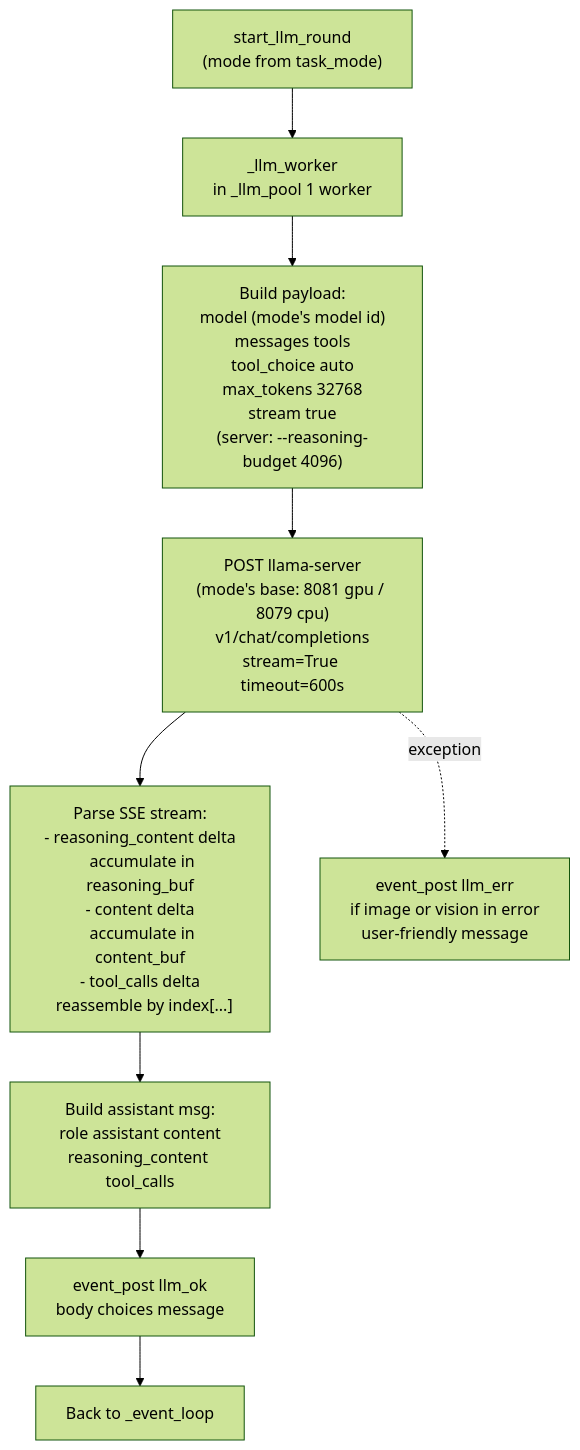
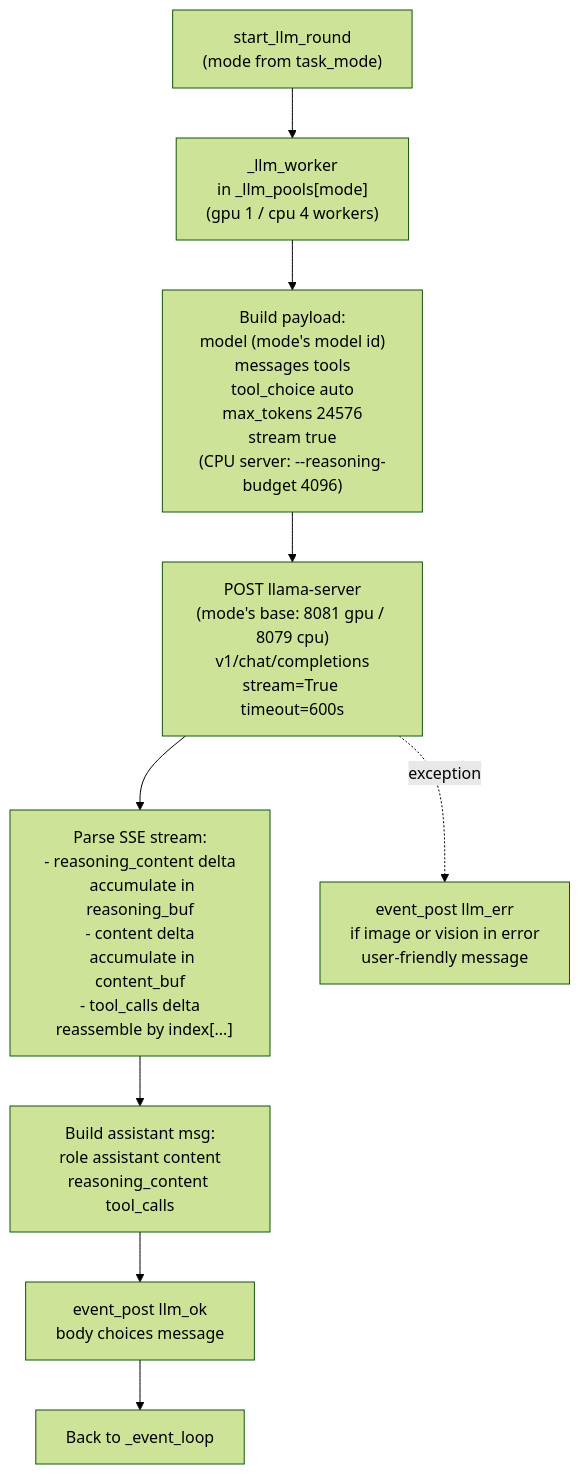
One commit to Palash90/local-ai changed the tenth of 12 diagrams in README.md. Above: the diagram before and after it, drawn with Mermaid (forest theme). The commit also changed other lines of this file and 24 other files, not shown here.

````diff
--- a/README.md
+++ b/README.md
@@ -438,12 +454,12 @@
 ```mermaid
 graph TD
-    StartRound0["start_llm_round\n(mode from task_mode)"] --> LLMWorker["_llm_worker\nin _llm_pool 1 worker"]
-    LLMWorker --> PayloadBuild["Build payload:\nmodel (mode's model id)\nmessages tools\ntool_choice auto\nmax_tokens 32768\nstream true\n(server: --reasoning-budget 4096)"]
+    StartRound0["start_llm_round\n(mode from task_mode)"] --> LLMWorker["_llm_worker\nin _llm_pools[mode]\n(gpu 1 / cpu 4 workers)"]
+    LLMWorker --> PayloadBuild["Build payload:\nmodel (mode's model id)\nmessages tools\ntool_choice auto\nmax_tokens 24576\nstream true\n(CPU server: --reasoning-budget 4096)"]
     PayloadBuild --> StreamReq["POST llama-server\n(mode's base: 8081 gpu / 8079 cpu)\nv1/chat/completions\nstream=True timeout=600s"]
     StreamReq --> StreamParse["Parse SSE stream:\n- reasoning_content delta\n  accumulate in reasoning_buf\n- content delta\n  accumulate in content_buf\n- tool_calls delta\n  reassemble by index[...]" ]
     StreamParse --> BuildAssistantMsg["Build assistant msg:\nrole assistant content\nreasoning_content tool_calls"]
     BuildAssistantMsg --> LLMOKPost["event_post llm_ok\nbody choices message"]
     LLMOKPost --> EvLoop["Back to _event_loop"]
 
     StreamReq -. "exception" .-> LLMException["event_post llm_err\nif image or vision in error\nuser-friendly message"]
 ```
````
